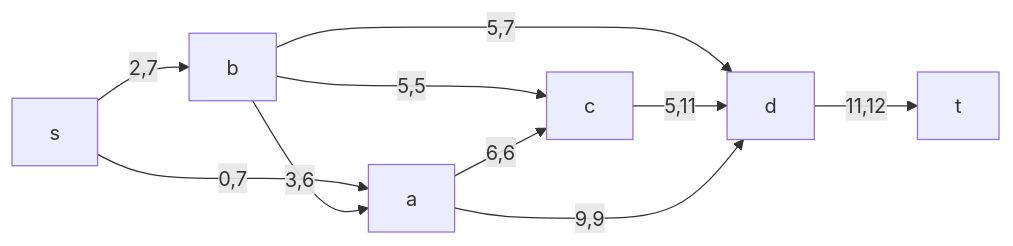
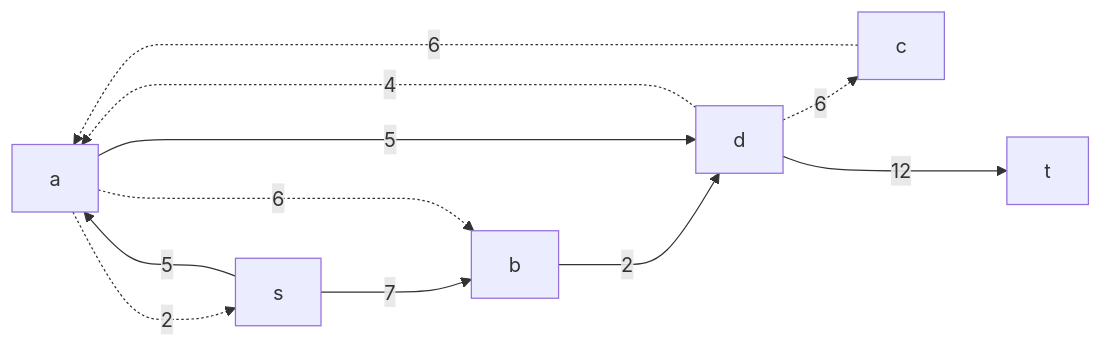
One commit to hse-algo-24-crow/manual-tasks-crow changed the eighth of 9 diagrams in task-10/Milty-task-10.md. Above: the diagram before and after it, drawn with Mermaid. The commit also changed other lines of this file, not shown here.

````diff
--- a/task-10/Milty-task-10.md
+++ b/task-10/Milty-task-10.md
@@ -116,12 +172,13 @@
 ```mermaid
 graph LR
-    s-->|0,7|a
-    s-->|2,7|b
-    b-->|5,7|d
-    b-->|3,6|a
-    b-->|5,5|c
-    c-->|5,11|d
-    a-->|6,6|c
-    a-->|9,9|d
-    d-->|11,12|t
+    a-.->|2|s
+    s--->|5|a
+    s--->|7|b
+    b--->|2|d
+    a-.->|6|b
+    d-.->|6|c
+    c-.->|6|a
+    d-.->|4|a
+    a--->|5|d
+    d--->|12|t
 ```
````
